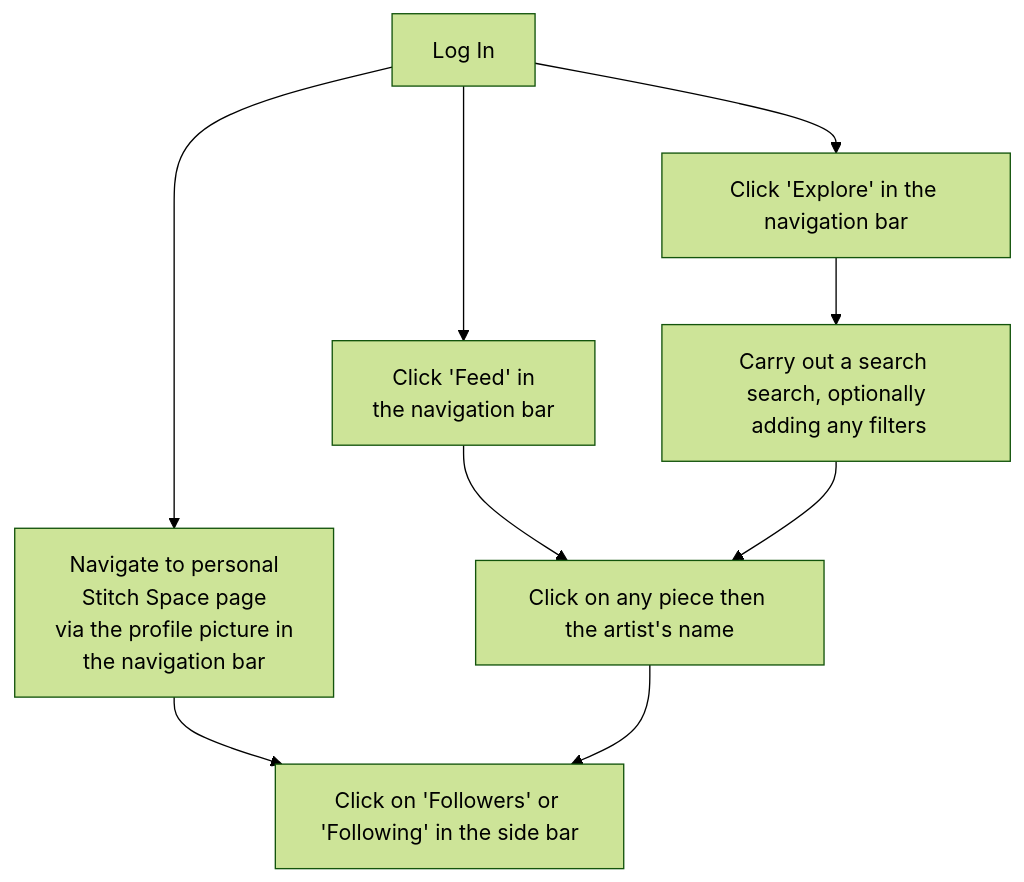
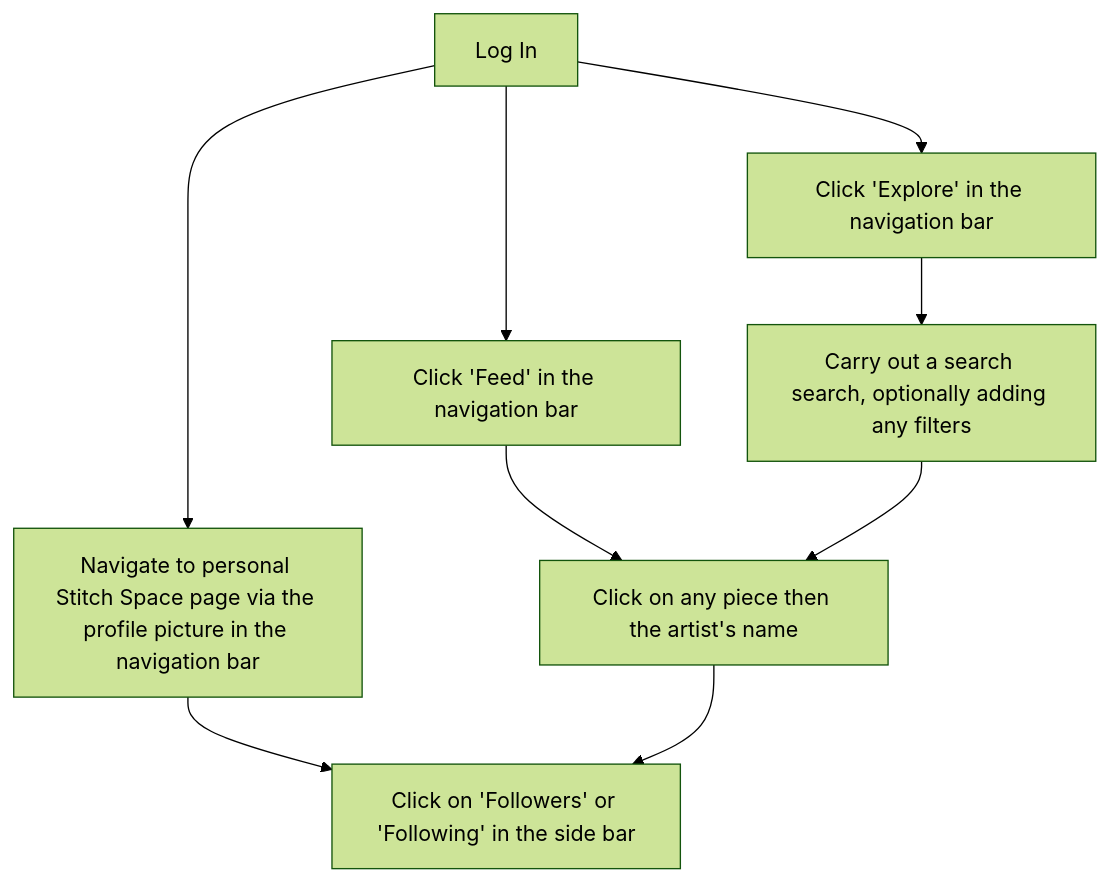
The fifth of 6 diagrams in README.md (EvitaKnits/stitch-space), drawn with Mermaid (forest theme) before and after one commit. The commit also changed other lines of this file and 19 other files, not shown here.

````diff
--- a/README.md
+++ b/README.md
@@ -163,11 +165,11 @@
 ```mermaid
 flowchart TD
-    A[Log In] --> B[Navigate to personal \n Stitch Space page \n via the profile picture in \n the navigation bar]
-    A --> C[Click 'Feed' in \n the navigation bar]
+    A[Log In] --> B[Navigate to personal Stitch Space page via the profile picture in the navigation bar]
+    A --> C[Click 'Feed' in the navigation bar]
     A --> D[Click 'Explore' in the navigation bar]
     B --> E[Click on 'Followers' or 'Following' in the side bar]
     C --> F[Click on any piece then the artist's name]
-    D --> G[Carry out a search search, optionally\n adding any filters]
+    D --> G[Carry out a search search, optionally adding any filters]
     G --> F
     F --> E
 ```
````
